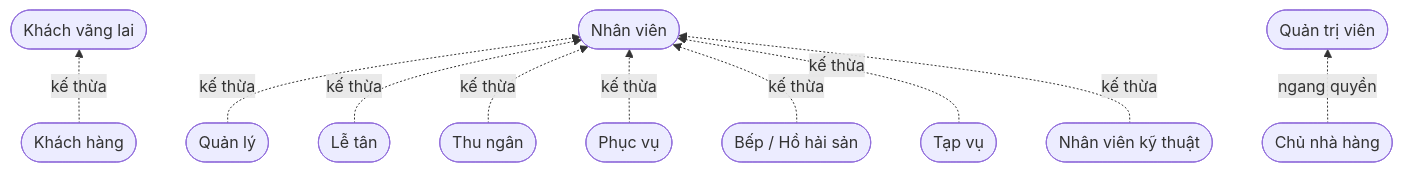
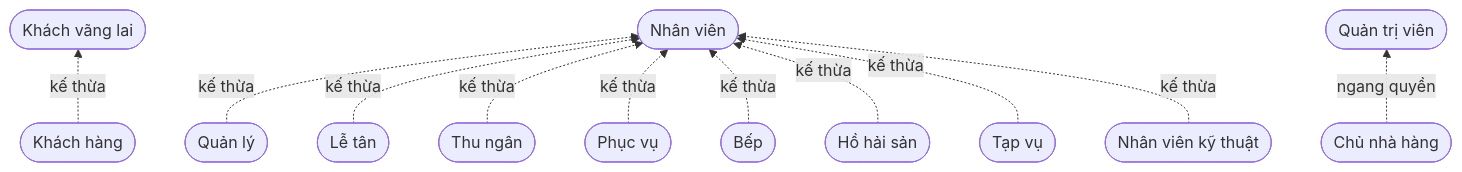
Before and after one commit to vodinhnguu/fab-restaurant: the first of 22 diagrams in docs/17-tu-lieu-viet-bao-cao.md, drawn with Mermaid. The commit also changed other lines of this file and 113 other files, not shown here.

First line of the commit message:
Tồn hồ hải sản, kiểm bia nước, quản lý trên app; thu ngân review bill, bếp báo xong; đổi tên Ngưu Quán

````diff
--- a/docs/17-tu-lieu-viet-bao-cao.md
+++ b/docs/17-tu-lieu-viet-bao-cao.md
@@ -344,12 +466,13 @@
 ```mermaid
 flowchart BT
     KH([Khách hàng]) -. kế thừa .-> KV([Khách vãng lai])
     QL([Quản lý]) -. kế thừa .-> NV([Nhân viên])
     LT([Lễ tân]) -. kế thừa .-> NV
     TN([Thu ngân]) -. kế thừa .-> NV
     PV([Phục vụ]) -. kế thừa .-> NV
-    BEP([Bếp / Hồ hải sản]) -. kế thừa .-> NV
+    BEP([Bếp]) -. kế thừa .-> NV
+    HHS([Hồ hải sản]) -. kế thừa .-> NV
     TV([Tạp vụ]) -. kế thừa .-> NV
     KT([Nhân viên kỹ thuật]) -. kế thừa .-> NV
     CHU([Chủ nhà hàng]) -. ngang quyền .-> QTV([Quản trị viên])
 ```
````
